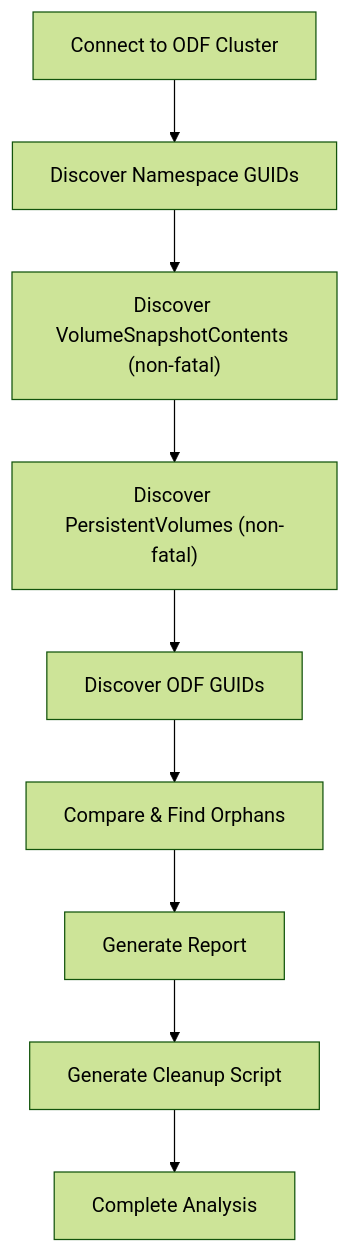
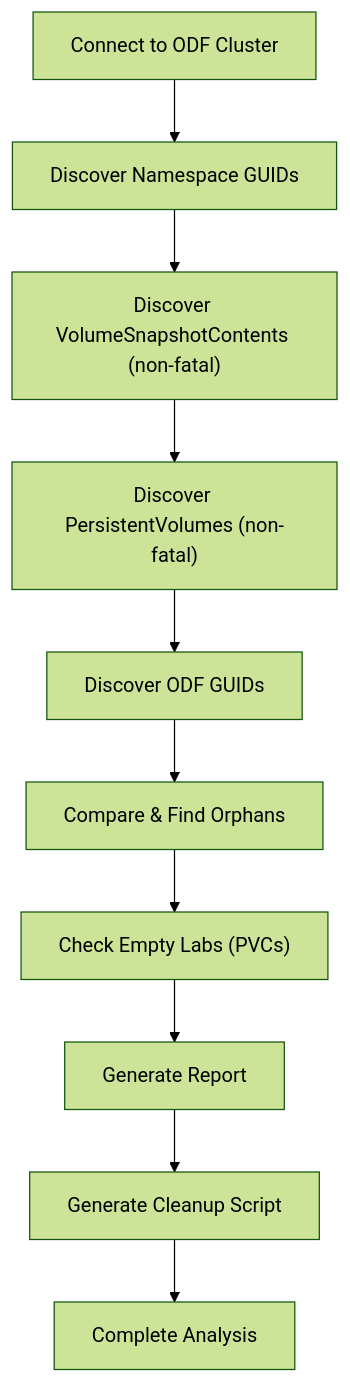
The diagram in Documentation/odf-oc-compare.md (yordangit/odf-cleanup), drawn with Mermaid (forest theme) before and after one commit. The commit also changed other lines of this file and 2 other files, not shown here.

First line of the commit message:
Add empty-lab verification to odf-oc-compare

````diff
--- a/Documentation/odf-oc-compare.md
+++ b/Documentation/odf-oc-compare.md
@@ -13,11 +13,12 @@
 ```mermaid
 graph TD
     A["Connect to ODF Cluster"] --> B["Discover Namespace GUIDs"]
     B --> B2["Discover VolumeSnapshotContents (non-fatal)"]
     B2 --> B3["Discover PersistentVolumes (non-fatal)"]
     B3 --> C["Discover ODF GUIDs"]
     C --> D["Compare & Find Orphans"]
-    D --> E["Generate Report"]
+    D --> D2["Check Empty Labs (PVCs)"]
+    D2 --> E["Generate Report"]
     E --> F["Generate Cleanup Script"]
     F --> G["Complete Analysis"]
 ```
````
